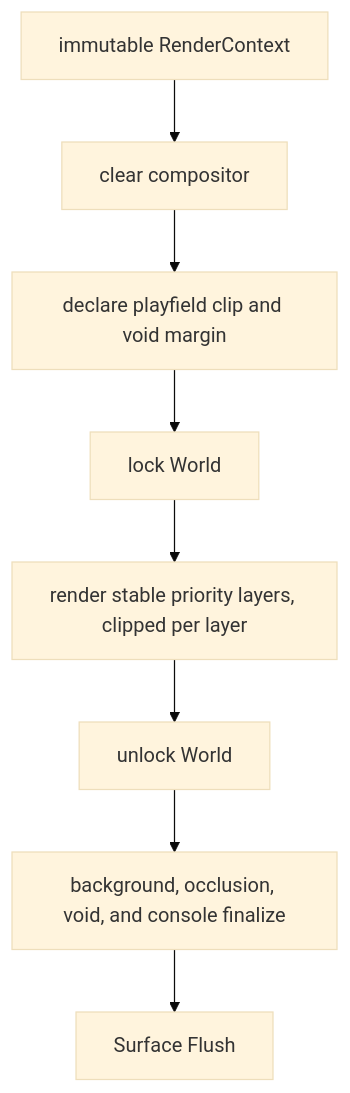
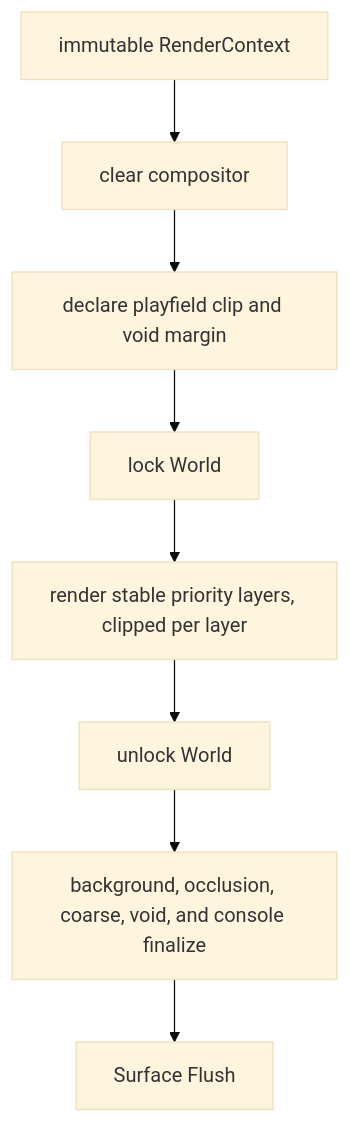
The first of 2 diagrams in doc/rendering.md (lixenwraith/vif), drawn with Mermaid (base theme) before and after one commit. The commit also changed other lines of this file and 11 other files, not shown here.

````diff
--- a/doc/rendering.md
+++ b/doc/rendering.md
@@ -11,10 +11,10 @@
 ```mermaid
 flowchart TD
     Context["immutable RenderContext"] --> Clear["clear compositor"]
     Clear --> Clip["declare playfield clip and void margin"]
     Clip --> Lock["lock World"]
     Lock --> Layers["render stable priority layers, clipped per layer"]
     Layers --> Unlock["unlock World"]
-    Unlock --> Finalize["background, occlusion, void, and console finalize"]
+    Unlock --> Finalize["background, occlusion, coarse, void, and console finalize"]
     Finalize --> Flush["Surface Flush"]
 ```
````
